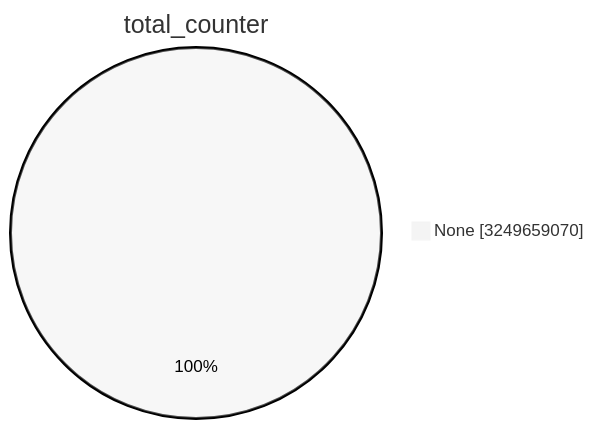
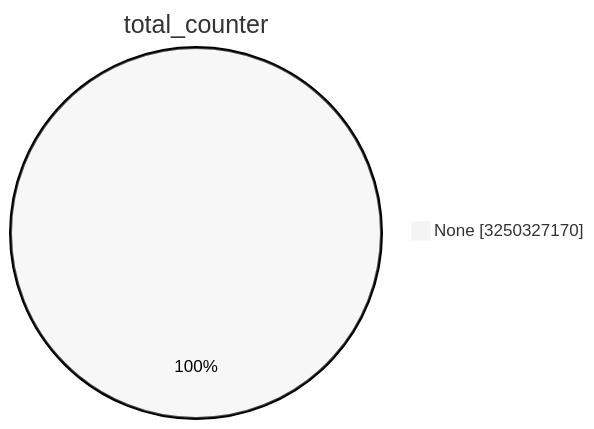
The first of 15 diagrams in TOTAL/README.md (christiankrug/ctmonitor_visualization), drawn with Mermaid (neutral theme) before and after one commit. The commit also changed other lines of this file, not shown here.

````diff
--- a/TOTAL/README.md
+++ b/TOTAL/README.md
@@ -1,5 +1,5 @@
 ```mermaid
 pie showData
 title total_counter
-"None" :3249659070
+"None" :3250327170
 ```
````
